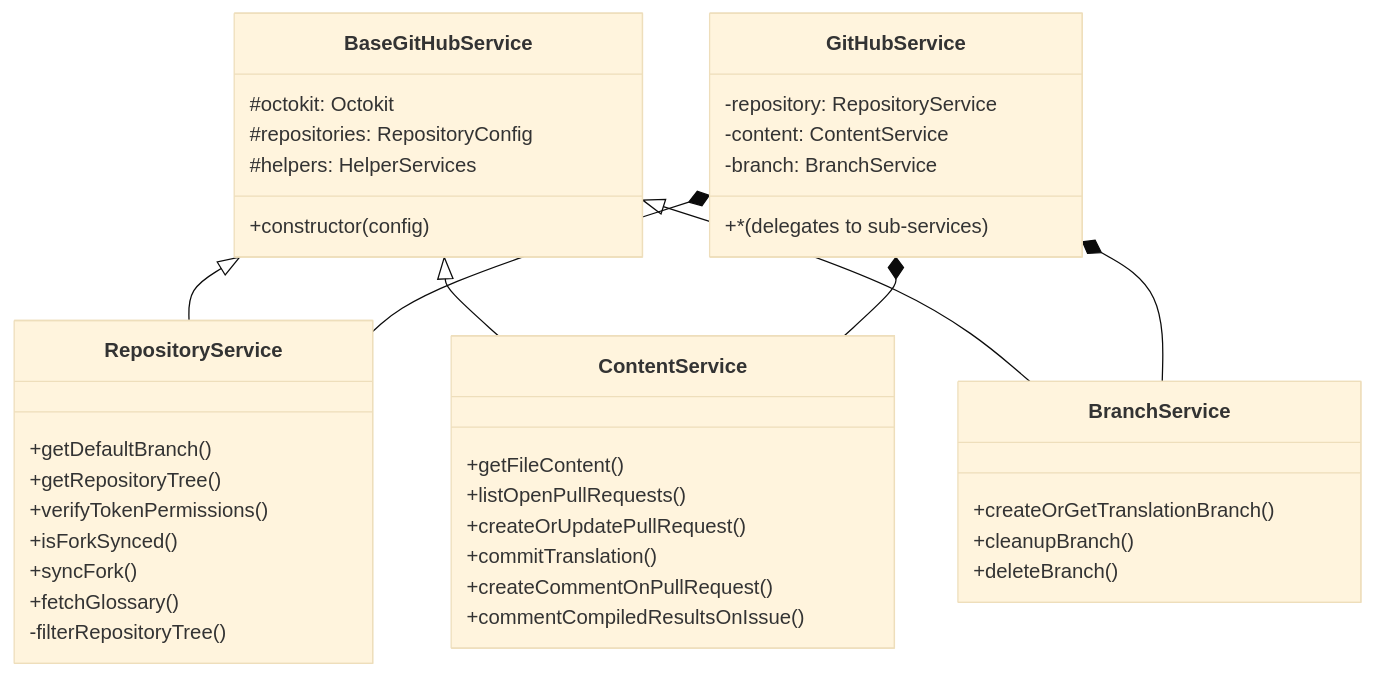
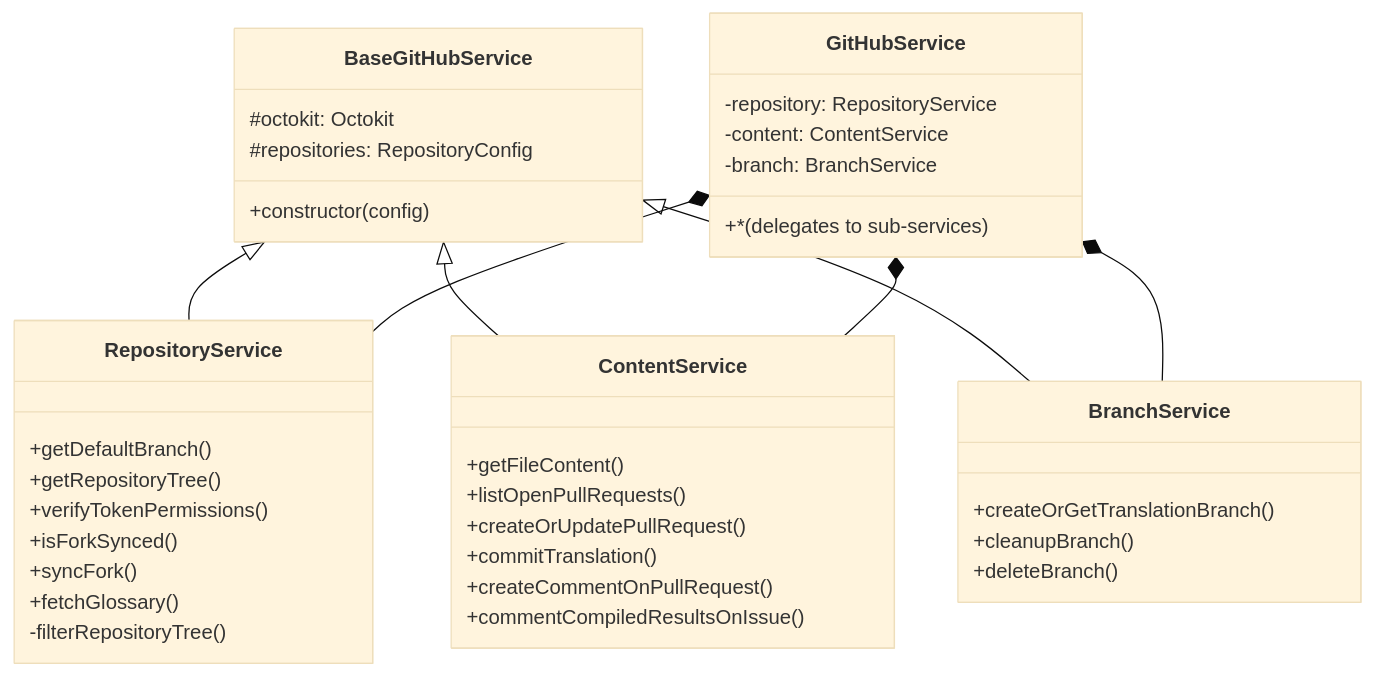
One commit to NivaldoFarias/translate-react changed the second of 9 diagrams in docs/ARCHITECTURE.md. Above: the diagram before and after it, drawn with Mermaid (base theme). The commit also changed other lines of this file and 28 other files, not shown here.

````diff
--- a/docs/ARCHITECTURE.md
+++ b/docs/ARCHITECTURE.md
@@ -127,49 +126,48 @@
 ```mermaid
 classDiagram
     class BaseGitHubService {
         #octokit: Octokit
         #repositories: RepositoryConfig
-        #helpers: HelperServices
         +constructor(config)
     }
 
     class RepositoryService {
         +getDefaultBranch()
         +getRepositoryTree()
         +verifyTokenPermissions()
         +isForkSynced()
         +syncFork()
         +fetchGlossary()
         -filterRepositoryTree()
     }
 
     class ContentService {
         +getFileContent()
         +listOpenPullRequests()
         +createOrUpdatePullRequest()
         +commitTranslation()
         +createCommentOnPullRequest()
         +commentCompiledResultsOnIssue()
     }
 
     class BranchService {
         +createOrGetTranslationBranch()
         +cleanupBranch()
         +deleteBranch()
     }
 
     class GitHubService {
         -repository: RepositoryService
         -content: ContentService
         -branch: BranchService
         +* (delegates to sub-services)
     }
 
     BaseGitHubService <|-- RepositoryService
     BaseGitHubService <|-- ContentService
     BaseGitHubService <|-- BranchService
 
     GitHubService *-- RepositoryService
     GitHubService *-- ContentService
     GitHubService *-- BranchService
 ```
````
